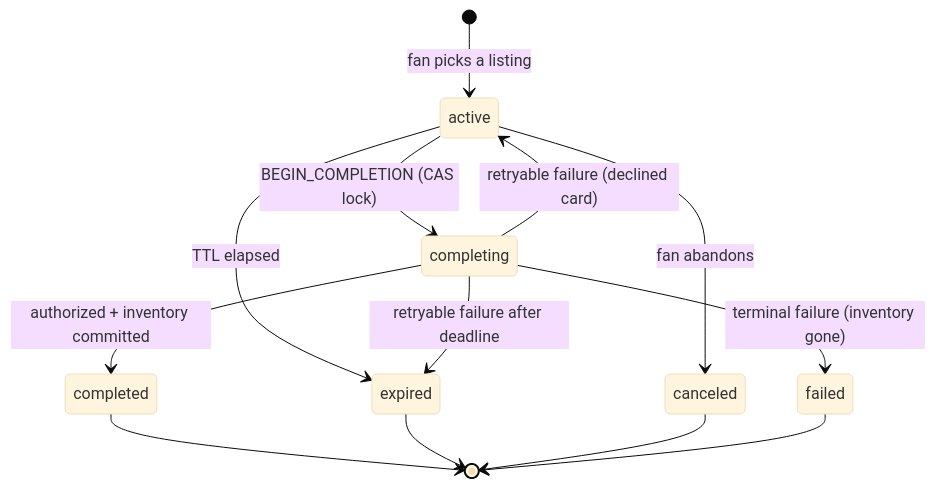
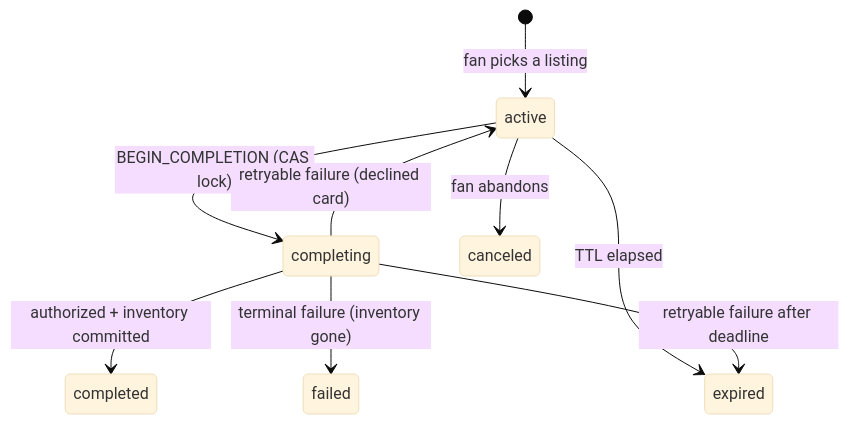
One commit to djw11192/gametime-checkout changed the diagram in README.md. Above: the diagram before and after it, drawn with Mermaid (base theme). The commit also changed other lines of this file and 59 other files, not shown here.

````diff
--- a/README.md
+++ b/README.md
@@ -80,15 +61,11 @@
 ```mermaid
 stateDiagram-v2
     [*] --> active: fan picks a listing
     active --> completing: BEGIN_COMPLETION (CAS lock)
     active --> expired: TTL elapsed
     active --> canceled: fan abandons
     completing --> completed: authorized + inventory committed
     completing --> active: retryable failure (declined card)
     completing --> failed: terminal failure (inventory gone)
     completing --> expired: retryable failure after deadline
-    completed --> [*]
-    expired --> [*]
-    canceled --> [*]
-    failed --> [*]
 ```
````
